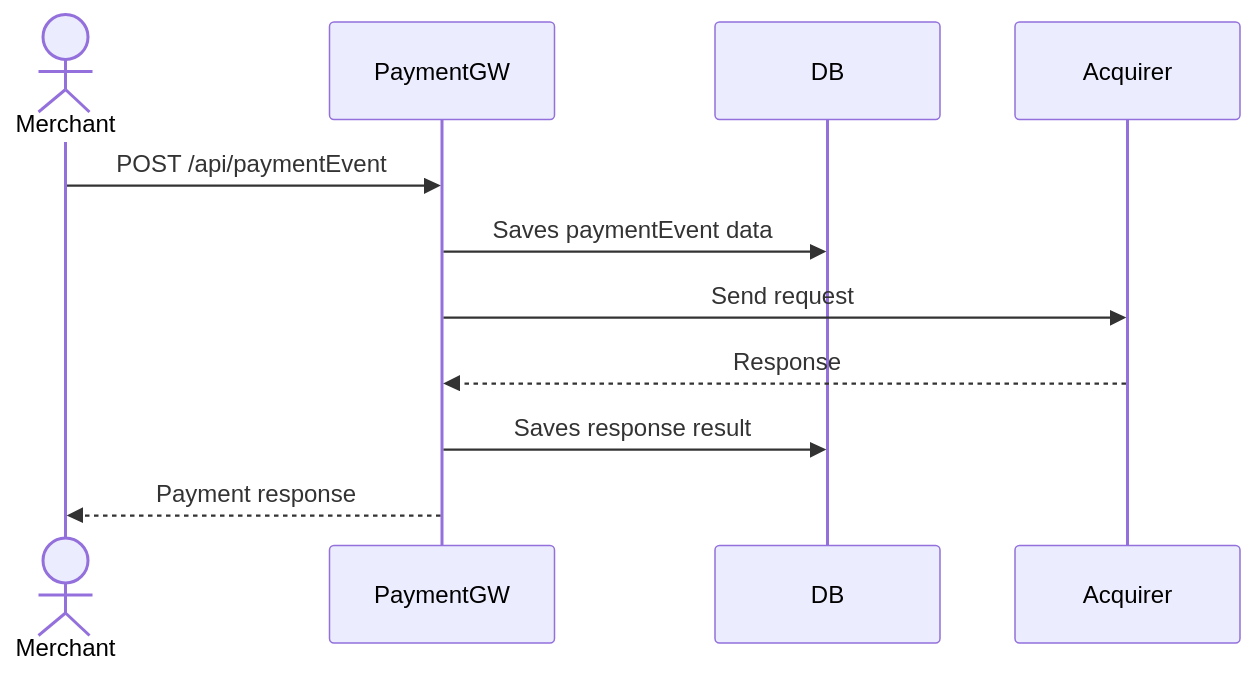
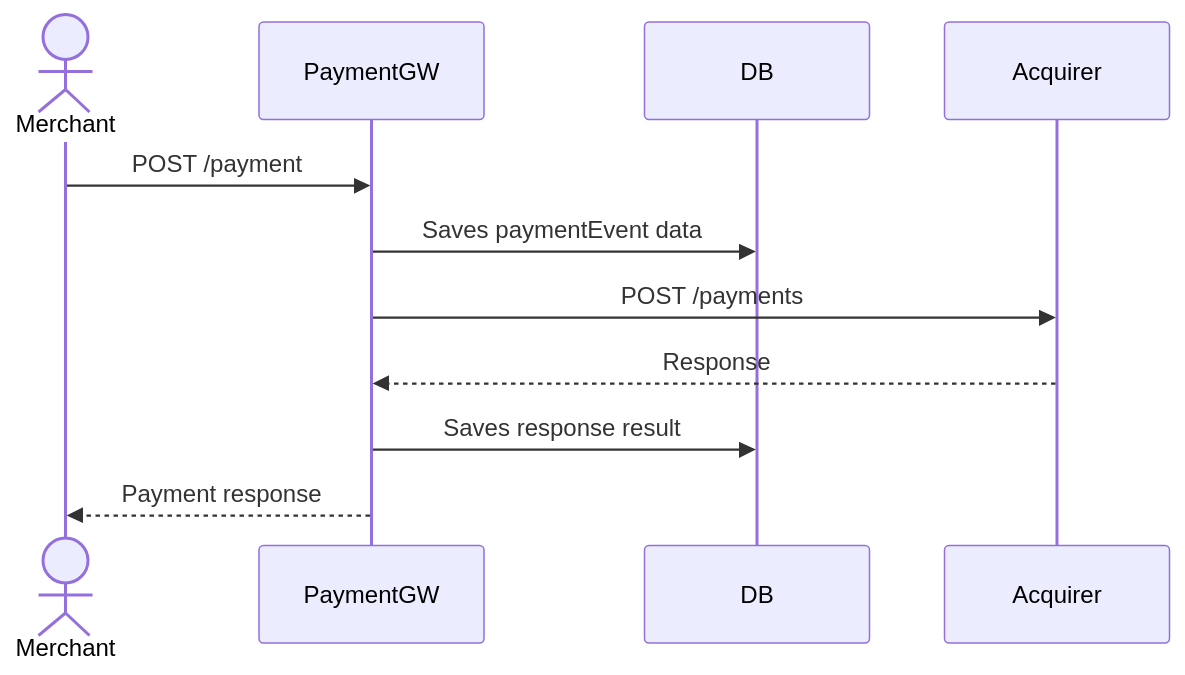
One commit to kabdyssalyam/payment-gateway-task changed the first of 2 diagrams in TDD.md. Above: the diagram before and after it, drawn with Mermaid. The commit also changed other lines of this file, not shown here.

````diff
--- a/TDD.md
+++ b/TDD.md
@@ -11,15 +11,15 @@
 ```mermaid
 sequenceDiagram
   actor client as Merchant
   participant service as PaymentGW
   participant db as DB
   participant bank as Acquirer 
 
-  client->>service: POST /api/paymentEvent
+  client->>service: POST /payment
   service->>db:  Saves paymentEvent data
-  service->>bank: Send request
+  service->>bank: POST /payments 
   bank-->>service: Response
   service->>db: Saves response result
   service-->>client: Payment response
   
 ```
````
